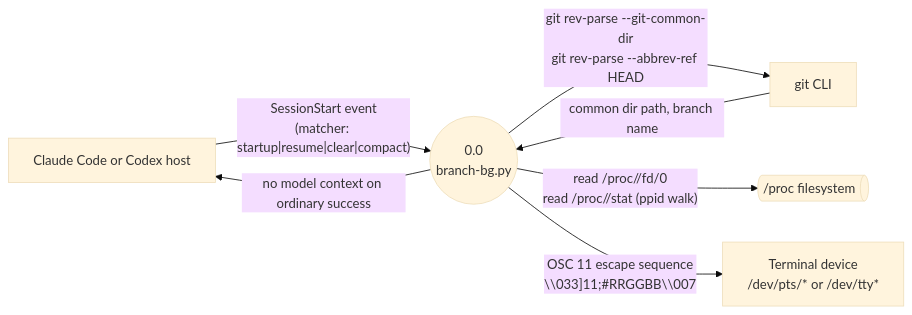
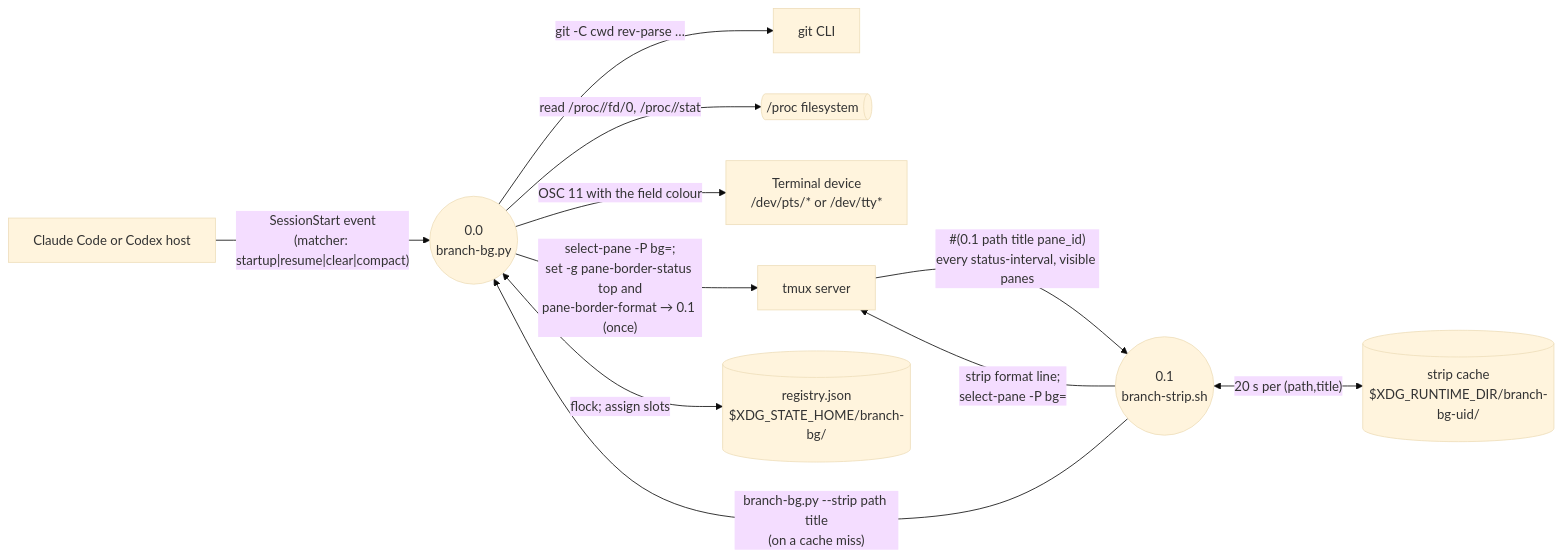
One commit to Denubis/denubis-plugins changed the diagram in docs/architecture/plugins/denubis-hook-branch-bg/0-context.md. Above: the diagram before and after it, drawn with Mermaid (base theme). The commit also changed other lines of this file and 9 other files, not shown here.

First line of the commit message:
feat(hook-branch-bg): four-block tmux pane strip with registry-assigned colours

````diff
--- a/docs/architecture/plugins/denubis-hook-branch-bg/0-context.md
+++ b/docs/architecture/plugins/denubis-hook-branch-bg/0-context.md
@@ -8,16 +10,24 @@
 ```mermaid
 flowchart LR
     CC[Claude Code or Codex host]
+    Tmux[tmux server]
     Git[git CLI]
     Proc@{ shape: das, label: "/proc filesystem" }
     TTY[Terminal device\n/dev/pts/* or /dev/tty*]
+    Reg@{ shape: cyl, label: "registry.json\n$XDG_STATE_HOME/branch-bg/" }
+    Cache@{ shape: cyl, label: "strip cache\n$XDG_RUNTIME_DIR/branch-bg-uid/" }
 
     Hook((0.0\nbranch-bg.py))
+    Strip((0.1\nbranch-strip.sh))
 
     CC -->|"SessionStart event\n(matcher: startup|resume|clear|compact)"| Hook
-    Hook -->|"git rev-parse --git-common-dir\ngit rev-parse --abbrev-ref HEAD"| Git
-    Git -->|"common dir path, branch name"| Hook
-    Hook -->|"read /proc/<pid>/fd/0\nread /proc/<pid>/stat (ppid walk)"| Proc
-    Hook -->|"OSC 11 escape sequence\n\\033]11;#RRGGBB\\007"| TTY
-    Hook -->|"no model context on ordinary success"| CC
+    Hook -->|"git -C cwd rev-parse …"| Git
+    Hook -->|"read /proc/<pid>/fd/0, /proc/<pid>/stat"| Proc
+    Hook -->|"OSC 11 with the field colour"| TTY
+    Hook -->|"select-pane -P bg=<field>;\nset -g pane-border-status top and\npane-border-format → 0.1 (once)"| Tmux
+    Hook <-->|"flock; assign slots"| Reg
+    Tmux -->|"#(0.1 path title pane_id)\nevery status-interval, visible panes"| Strip
+    Strip <-->|"20 s per (path,title)"| Cache
+    Strip -->|"branch-bg.py --strip path title\n(on a cache miss)"| Hook
+    Strip -->|"strip format line;\nselect-pane -P bg=<field>"| Tmux
 ```
````
